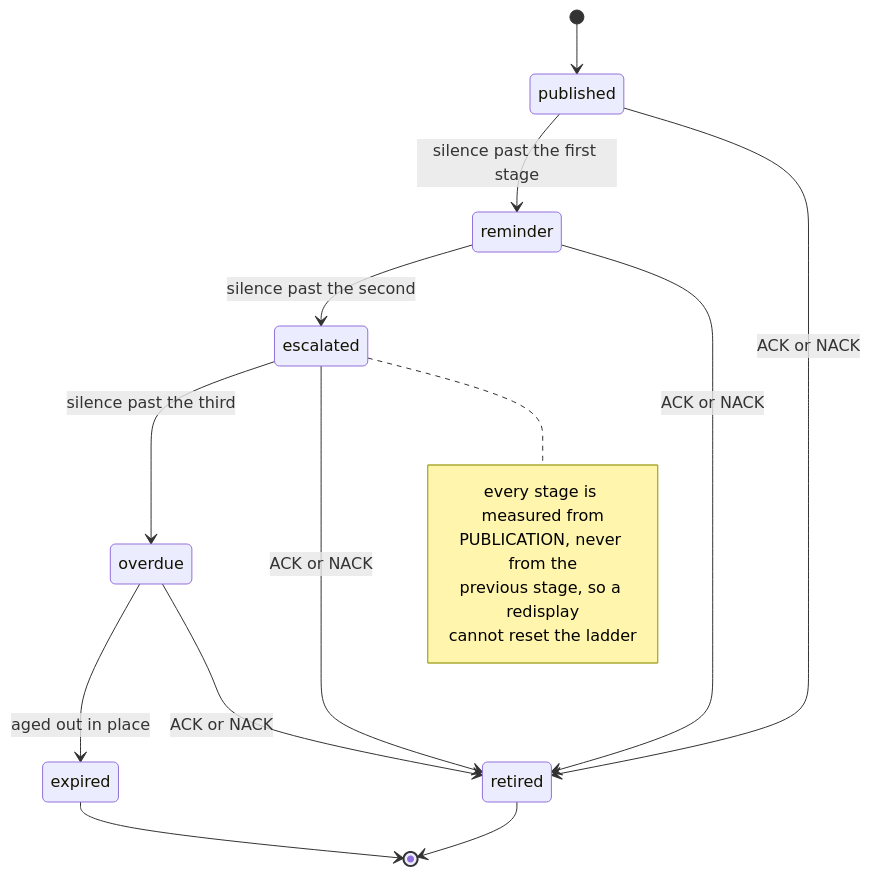
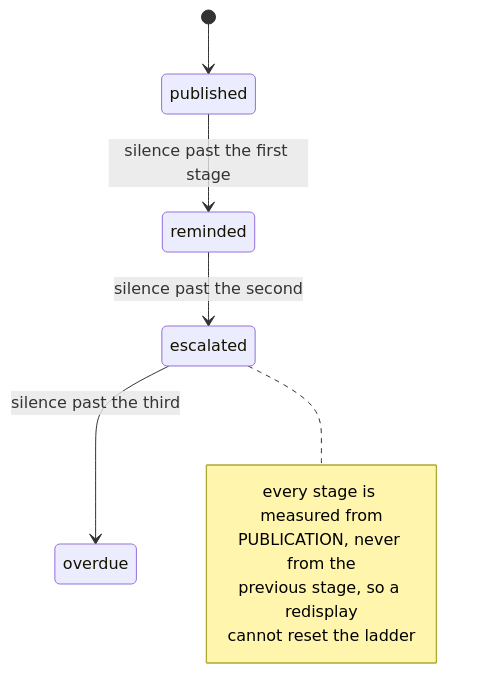
The seventh of 10 diagrams in docs/product/model/decisions.md (infimalabs/spice-rust), drawn with Mermaid before and after one commit. The commit also changed other lines of this file and 71 other files, not shown here.

````diff
--- a/docs/product/model/decisions.md
+++ b/docs/product/model/decisions.md
@@ -208,20 +215,13 @@
 ```mermaid
 stateDiagram-v2
   [*] --> published
-  published --> reminder : silence past the first stage
-  reminder --> escalated : silence past the second
+  published --> reminded : silence past the first stage
+  reminded --> escalated : silence past the second
   escalated --> overdue : silence past the third
-  overdue --> expired : aged out in place
-  published --> retired : ACK or NACK
-  reminder --> retired : ACK or NACK
-  escalated --> retired : ACK or NACK
-  overdue --> retired : ACK or NACK
-  retired --> [*]
-  expired --> [*]
   note right of escalated
     every stage is measured from
     PUBLICATION, never from the
     previous stage, so a redisplay
     cannot reset the ladder
   end note
 ```
````
